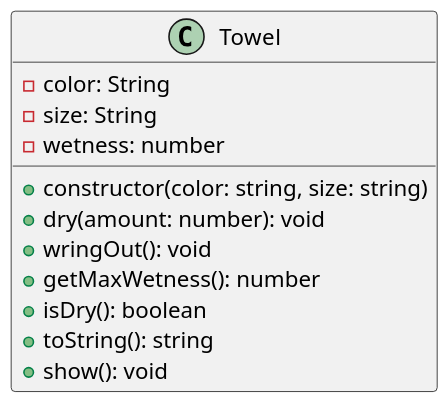
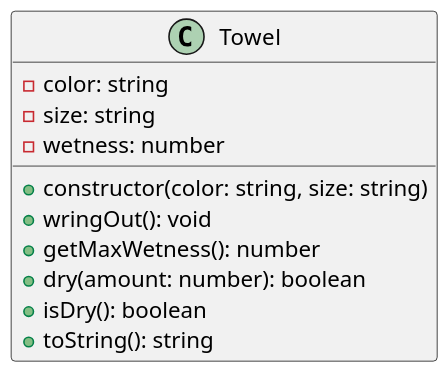
Before and after one commit to qxcodepoo/arcade: the diagram in base/enxugar/assets/diagrama.puml, drawn with PlantUML. The commit also changed 168 other files, not shown here.

```diff
--- a/base/enxugar/assets/diagrama.puml
+++ b/base/enxugar/assets/diagrama.puml
@@ -1,19 +1,18 @@
 @startuml
 
 skinparam defaultFontName "Source Code Pro"
 skinparam dpi 150
 
 class Towel {
-    - color: String
-    - size: String
+    - color: string
+    - size: string
     - wetness: number
     __
     + constructor(color: string, size: string)
-    + dry(amount: number): void
     + wringOut(): void
     + getMaxWetness(): number
+    + dry(amount: number): boolean
     + isDry(): boolean
     + toString(): string
-    + show(): void
 }
 @enduml
```
